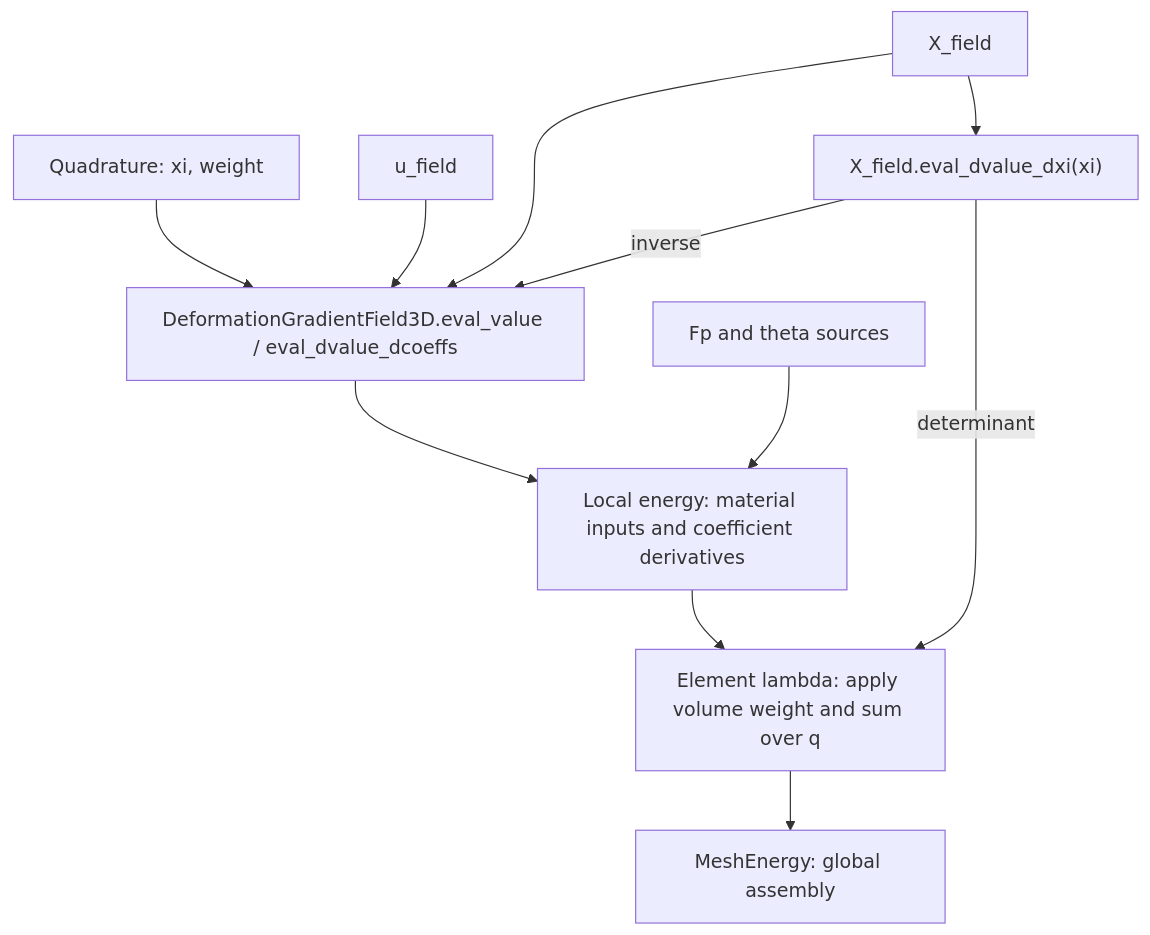
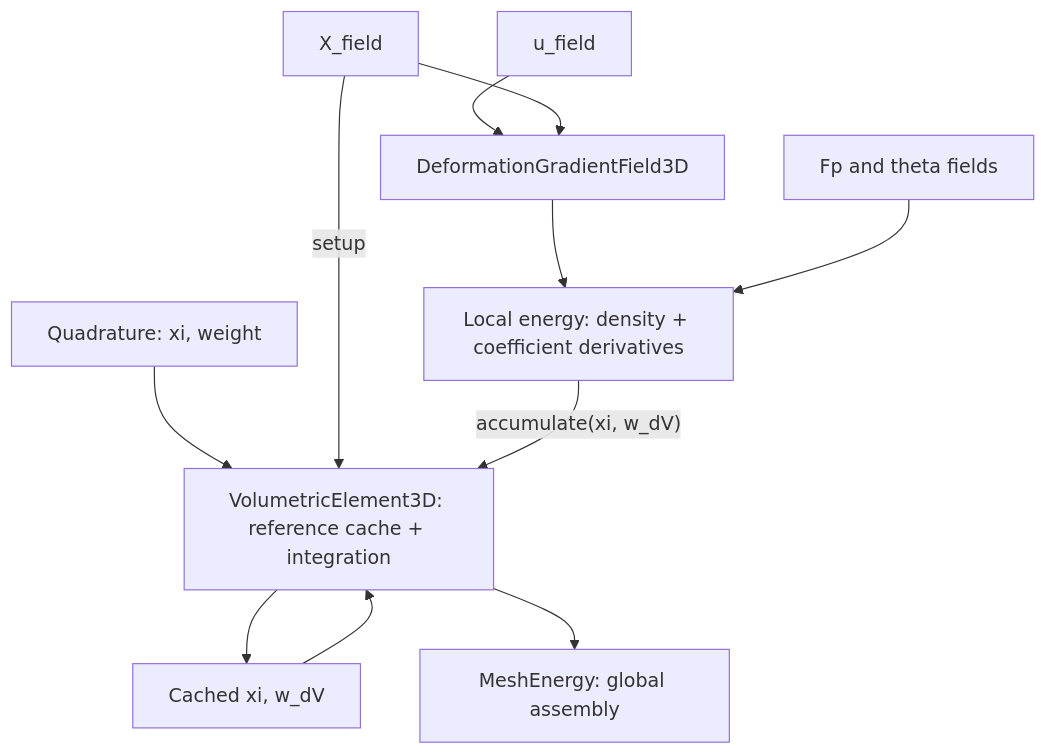
Before and after one commit to annajcy/litepgo: the diagram in example/fem/README.md, drawn with Mermaid. The commit also changed other lines of this file and 6 other files, not shown here.

Commit message:
Use local-energy integration in volumetric FEM examples

````diff
--- a/example/fem/README.md
+++ b/example/fem/README.md
@@ -5,13 +5,13 @@
 ```mermaid
 flowchart TD
-    Q["Quadrature: xi, weight"] --> D["DeformationGradientField3D.eval_value / eval_dvalue_dcoeffs"]
-    U["u_field"] --> D
-    X["X_field"] --> D
-    D --> L["Local energy: material inputs and coefficient derivatives"]
-    X --> M["X_field.eval_dvalue_dxi(xi)"]
-    M -->|inverse| D
-    M -->|determinant| I
-    P["Fp and theta sources"] --> L
-    L --> I["Element lambda: apply volume weight and sum over q"]
-    I --> A["MeshEnergy: global assembly"]
+    Q["Quadrature: xi, weight"] --> E["VolumetricElement3D: reference cache + integration"]
+    X["X_field"] -->|"setup"| E
+    E --> R["Cached xi, w_dV"]
+    U["u_field"] --> D["DeformationGradientField3D"]
+    X --> D
+    R --> E
+    D --> L["Local energy: density + coefficient derivatives"]
+    P["Fp and theta fields"] --> L
+    L -->|"accumulate(xi, w_dV)"| E
+    E --> A["MeshEnergy: global assembly"]
 ```
````
